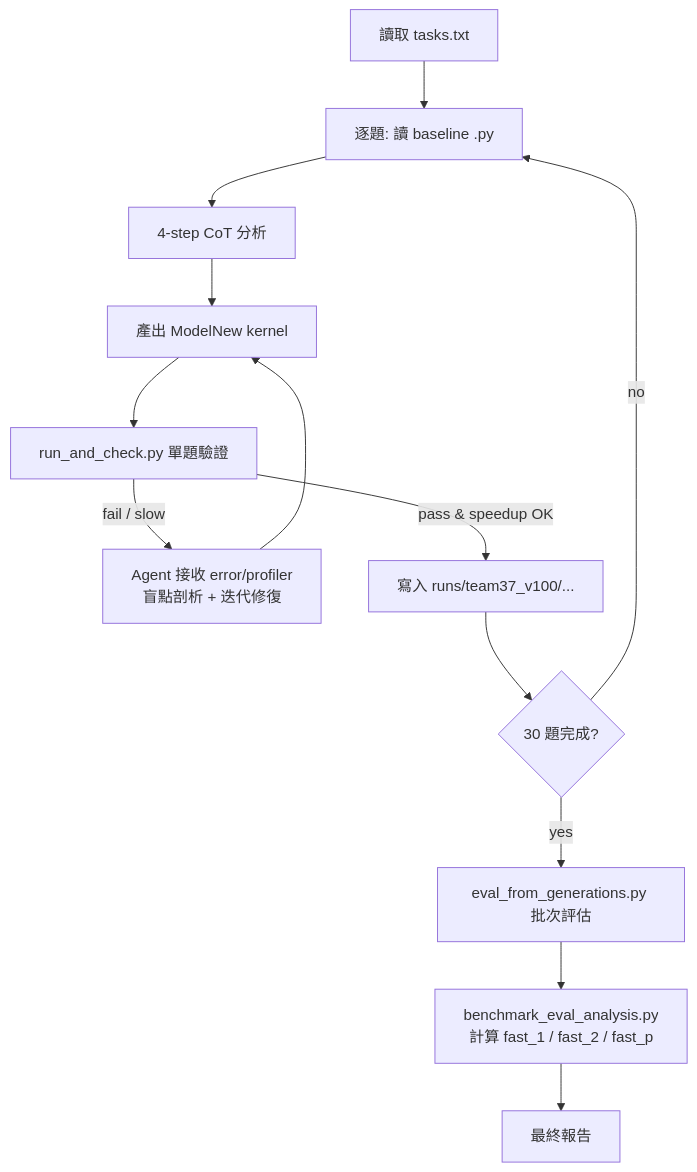
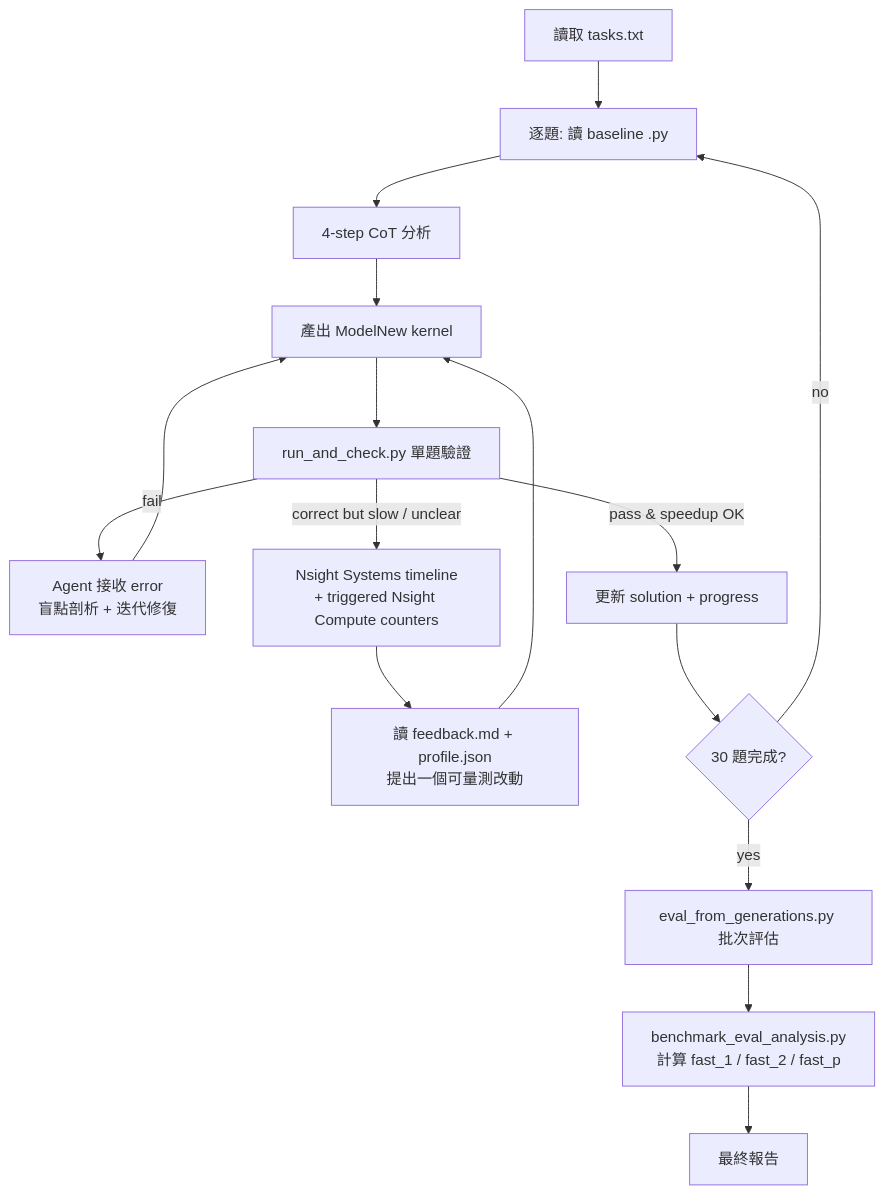
Before and after one commit to Distant22/KernelBench: the diagram in finalProject_260531/PIPELINE.md, drawn with Mermaid. The commit also changed other lines of this file and 7 other files, not shown here.

````diff
--- a/finalProject_260531/PIPELINE.md
+++ b/finalProject_260531/PIPELINE.md
@@ -45,15 +45,18 @@
 ```mermaid
 flowchart TD
     A[讀取 tasks.txt] --> B[逐題: 讀 baseline .py]
     B --> C[4-step CoT 分析]
     C --> D[產出 ModelNew kernel]
     D --> E[run_and_check.py 單題驗證]
-    E -->|fail / slow| F[Agent 接收 error/profiler<br/>盲點剖析 + 迭代修復]
+    E -->|fail| F[Agent 接收 error<br/>盲點剖析 + 迭代修復]
     F --> D
-    E -->|pass & speedup OK| G[寫入 runs/team37_v100/...]
+    E -->|correct but slow / unclear| P[Nsight Systems timeline<br/>+ triggered Nsight Compute counters]
+    P --> Q[讀 feedback.md + profile.json<br/>提出一個可量測改動]
+    Q --> D
+    E -->|pass & speedup OK| G[更新 solution + progress]
     G --> H{30 題完成?}
     H -->|no| B
     H -->|yes| I[eval_from_generations.py 批次評估]
     I --> J[benchmark_eval_analysis.py<br/>計算 fast_1 / fast_2 / fast_p]
     J --> K[最終報告]
 ```
````
